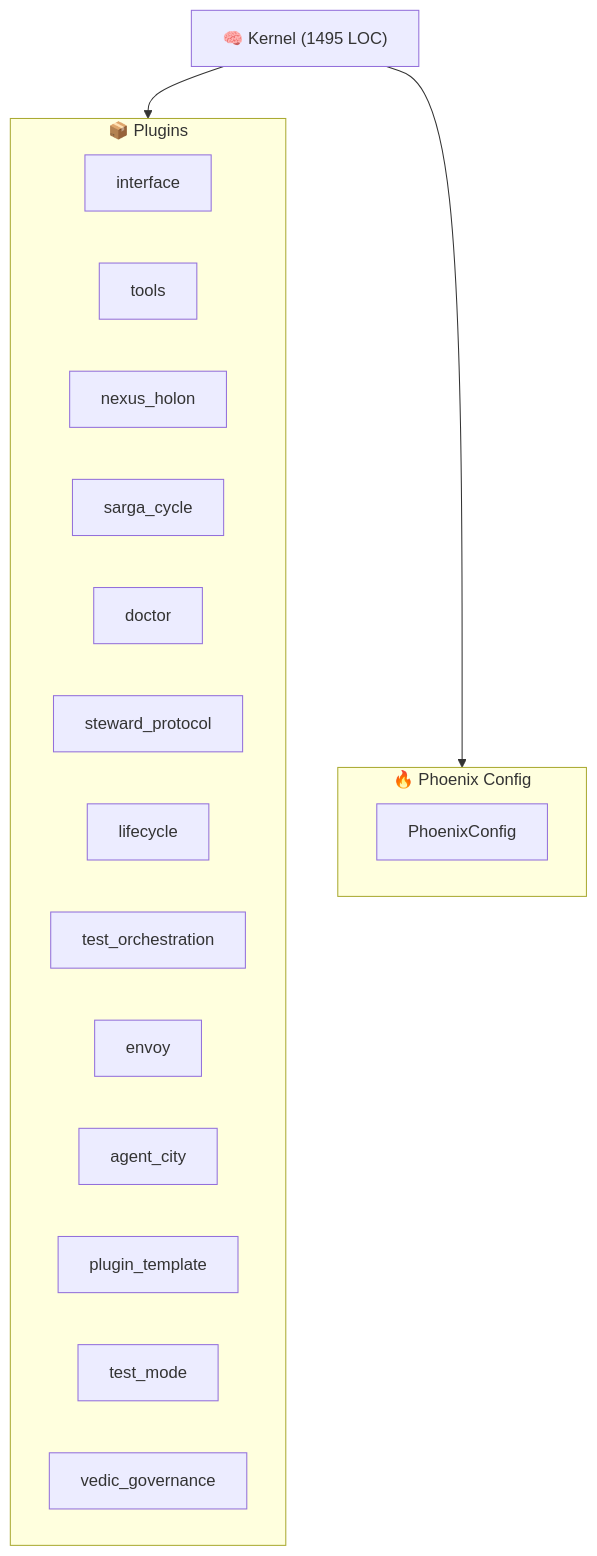
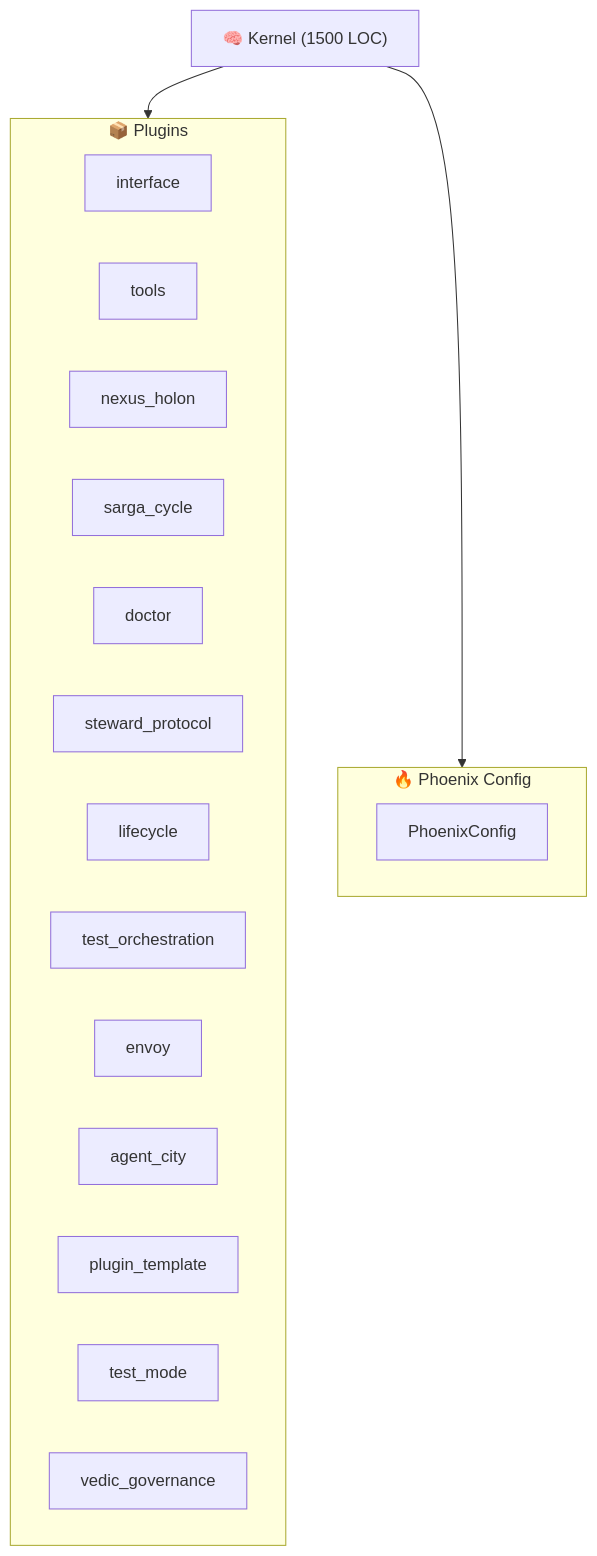
Before and after one commit to kimeisele/steward-protocol: the diagram in ARCHITECTURE.md, drawn with Mermaid. The commit also changed other lines of this file and 15 other files, not shown here.

````diff
--- a/ARCHITECTURE.md
+++ b/ARCHITECTURE.md
@@ -8,24 +8,24 @@
 ```mermaid
 graph TB
-    K["🧠 Kernel (1495 LOC)"]
+    K["🧠 Kernel (1500 LOC)"]
     subgraph Plugins["📦 Plugins"]
         P_interface["interface"]
         P_tools["tools"]
         P_nexus_holon["nexus_holon"]
         P_sarga_cycle["sarga_cycle"]
         P_doctor["doctor"]
         P_steward_protocol["steward_protocol"]
         P_lifecycle["lifecycle"]
         P_test_orchestration["test_orchestration"]
         P_envoy["envoy"]
         P_agent_city["agent_city"]
         P_plugin_template["plugin_template"]
         P_test_mode["test_mode"]
         P_vedic_governance["vedic_governance"]
     end
     K --> Plugins
     subgraph Config["🔥 Phoenix Config"]
         PC[PhoenixConfig]
     end
     K --> Config
 ```
````
